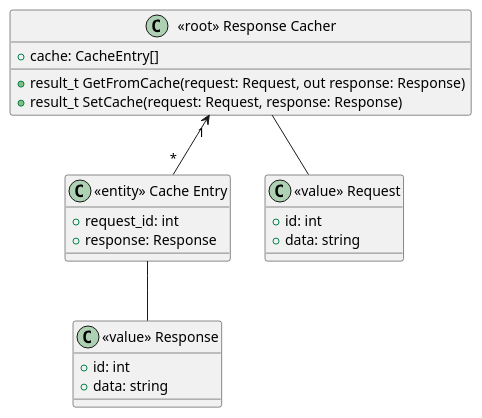
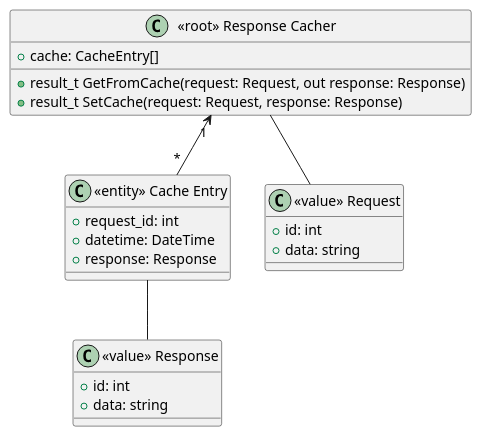
Before and after one commit to fanglores/Advanced-Software-Design: the diagram in PracticeTasks/Module2/Task_9/task9_cacher.puml, drawn with PlantUML. The commit also changed 5 other files, not shown here.

```diff
--- a/PracticeTasks/Module2/Task_9/task9_cacher.puml
+++ b/PracticeTasks/Module2/Task_9/task9_cacher.puml
@@ -1,28 +1,29 @@
 @startuml
 
 class "<<root>> Response Cacher" as cacher {
   +cache: CacheEntry[]
   +result_t GetFromCache(request: Request, out response: Response)
   +result_t SetCache(request: Request, response: Response)
 }
 
 class "<<entity>> Cache Entry" as cache {
   +request_id: int
+  +datetime: DateTime
   +response: Response
 }
 
 class "<<value>> Request" as request {
   +id: int
   +data: string
 }
 
 class "<<value>> Response" as response {
   +id: int
   +data: string
 }
 
 cacher "1" <-- "*" cache
 cacher -- request
 cache -- response
 
 @enduml
```
